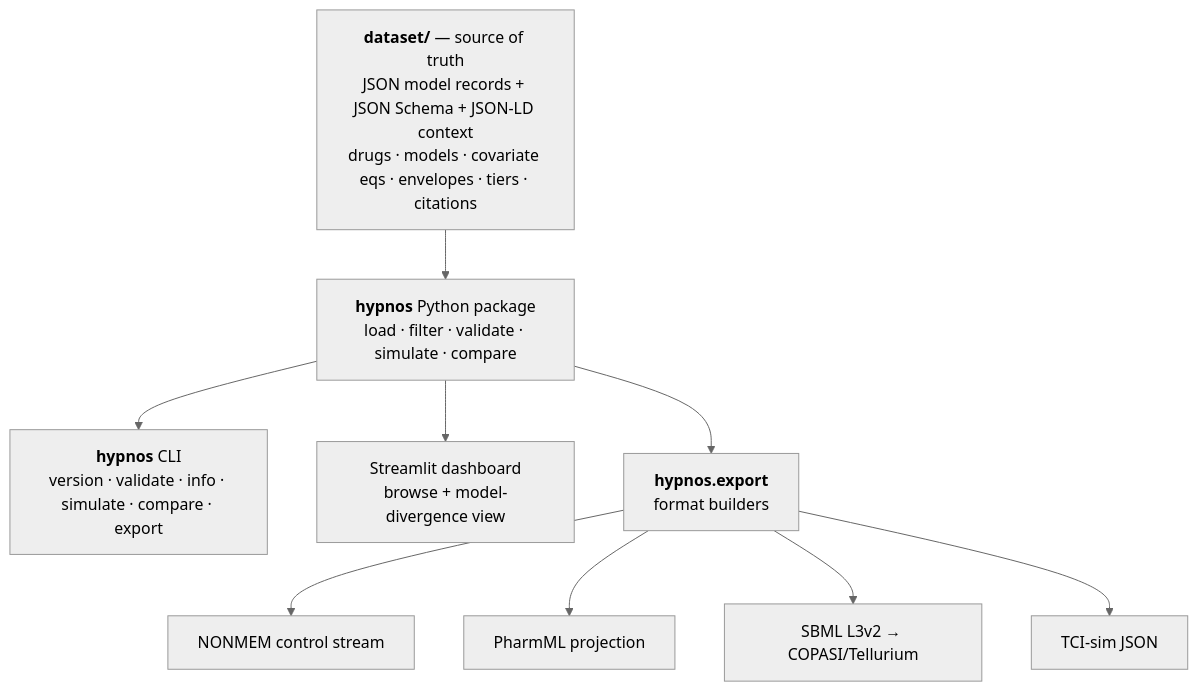
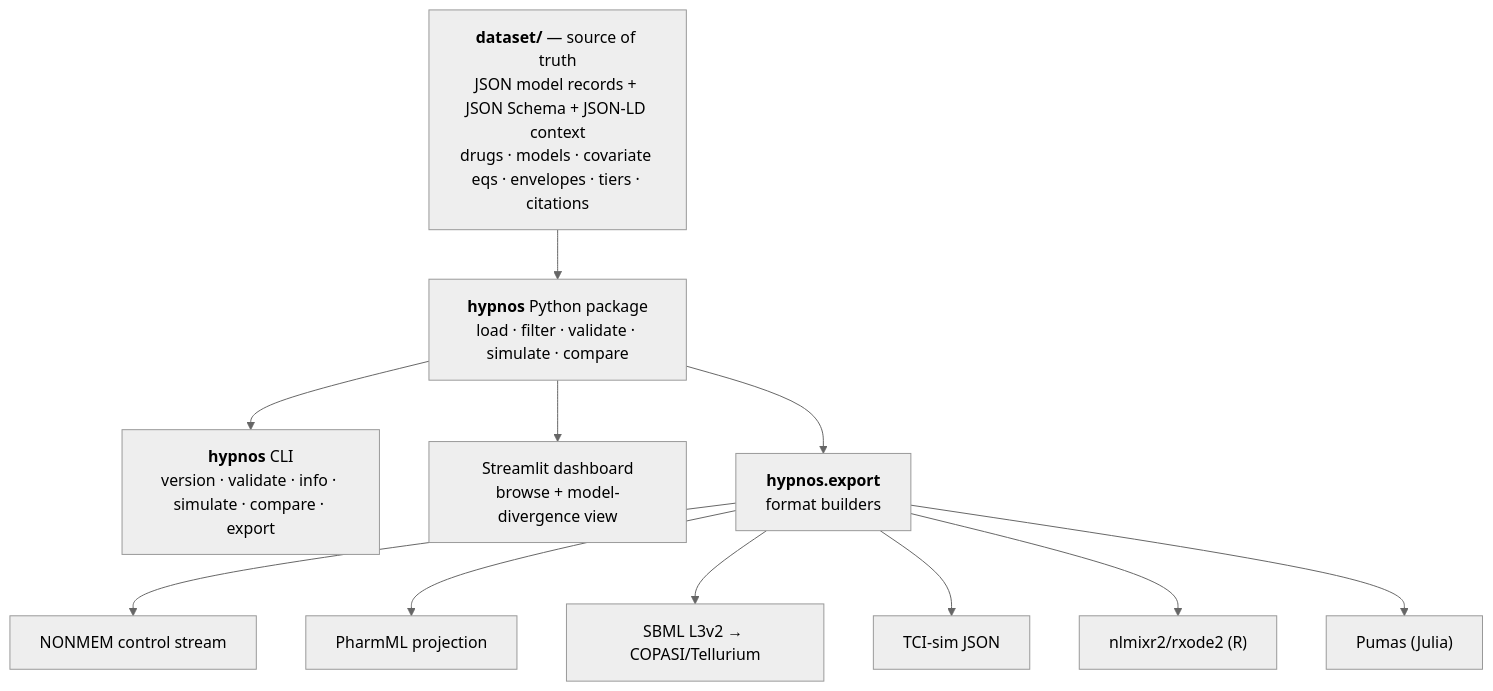
Before and after one commit to clay-good/hypnos: the first of 2 diagrams in README.md, drawn with Mermaid (neutral theme). The commit also changed other lines of this file and 18 other files, not shown here.

````diff
--- a/README.md
+++ b/README.md
@@ -92,12 +116,14 @@
 ```mermaid
 flowchart TD
     DS["<b>dataset/</b> — source of truth<br/>JSON model records + JSON Schema + JSON-LD context<br/>drugs · models · covariate eqs · envelopes · tiers · citations"]
     DS --> PKG["<b>hypnos</b> Python package<br/>load · filter · validate · simulate · compare"]
     PKG --> CLI["<b>hypnos</b> CLI<br/>version · validate · info · simulate · compare · export"]
     PKG --> DASH["Streamlit dashboard<br/>browse + model-divergence view"]
     PKG --> EXP["<b>hypnos.export</b><br/>format builders"]
     EXP --> NM["NONMEM control stream"]
     EXP --> PHARMML["PharmML projection"]
     EXP --> SBML["SBML L3v2 → COPASI/Tellurium"]
     EXP --> TCIJSON["TCI-sim JSON"]
+    EXP --> RX["nlmixr2/rxode2 (R)"]
+    EXP --> PUMAS["Pumas (Julia)"]
 ```
````
